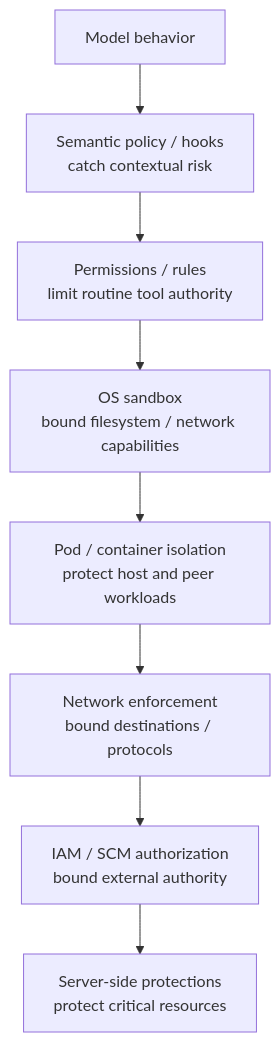
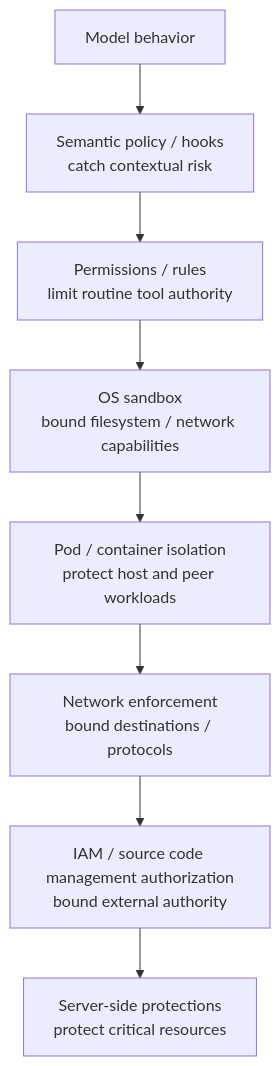
The first of 2 diagrams in docs/03-security-model.md (tomo-chan/agent-harness), drawn with Mermaid before and after one commit. The commit also changed other lines of this file and 10 other files, not shown here.

````diff
--- a/docs/03-security-model.md
+++ b/docs/03-security-model.md
@@ -21,10 +21,10 @@
 ```mermaid
 flowchart TD
     M[Model behavior] --> H[Semantic policy / hooks<br/>catch contextual risk]
     H --> P[Permissions / rules<br/>limit routine tool authority]
     P --> S[OS sandbox<br/>bound filesystem / network capabilities]
     S --> C[Pod / container isolation<br/>protect host and peer workloads]
     C --> N[Network enforcement<br/>bound destinations / protocols]
-    N --> I[IAM / SCM authorization<br/>bound external authority]
+    N --> I[IAM / source code management authorization<br/>bound external authority]
     I --> R[Server-side protections<br/>protect critical resources]
 ```
````
